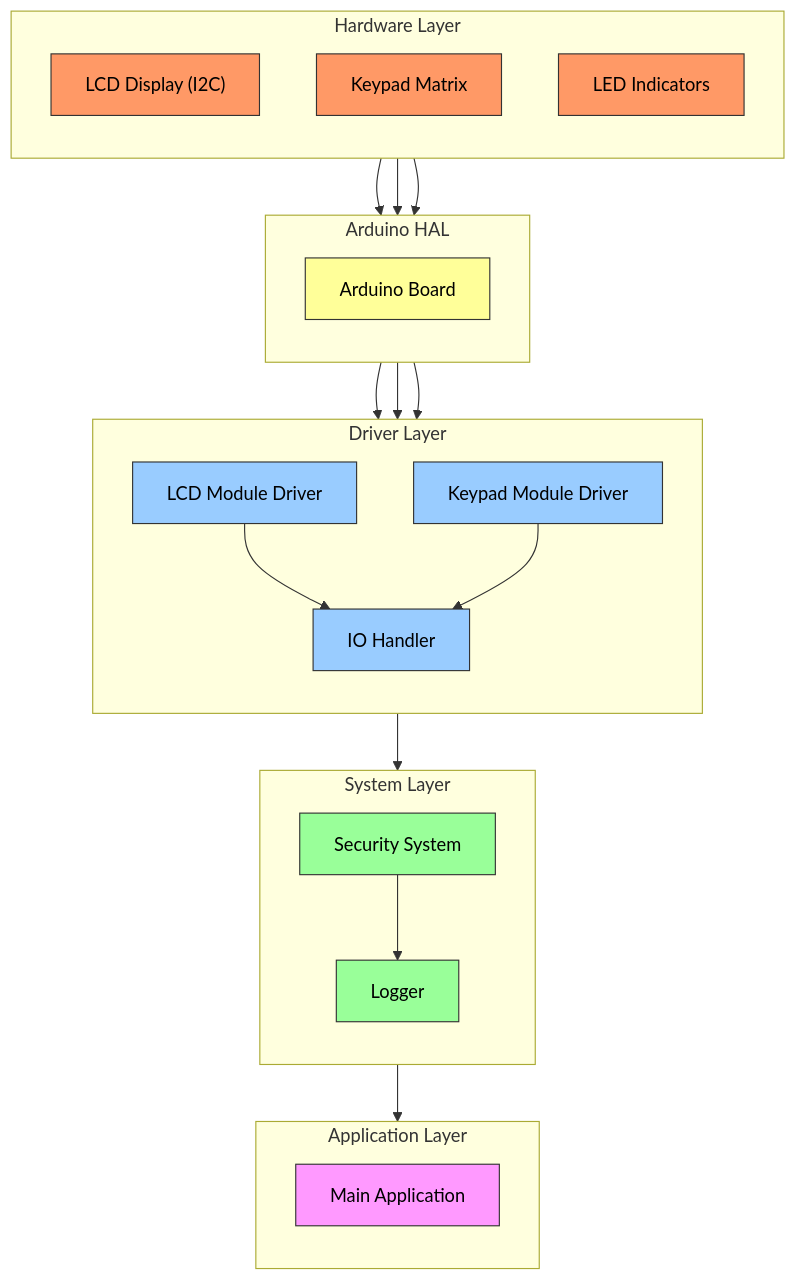
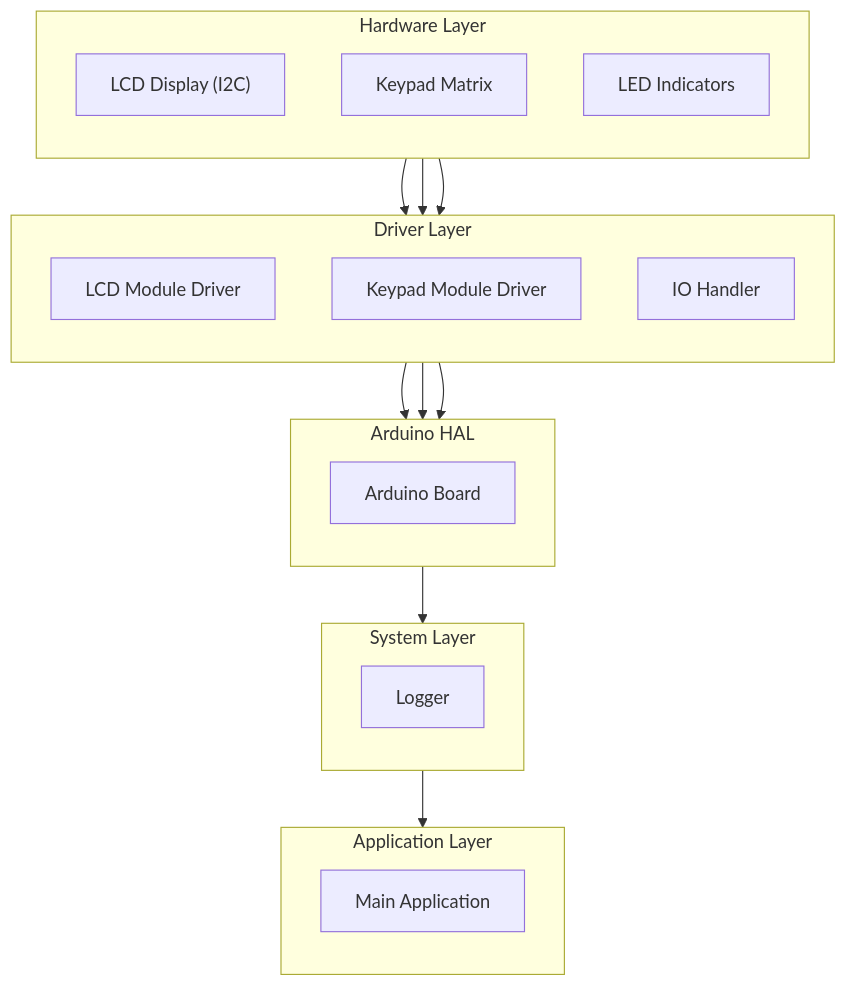
One commit to huntrese/Embedded_systems changed the first of 7 diagrams in README.md. Above: the diagram before and after it, drawn with Mermaid. The commit also changed other lines of this file and 19 other files, not shown here.

````diff
--- a/README.md
+++ b/README.md
@@ -141,64 +101,41 @@
 ```mermaid
 flowchart TD
     subgraph Hardware["Hardware Layer"]
         direction TB
         LCD["LCD Display (I2C)"]
         Keypad["Keypad Matrix"]
         LEDs["LED Indicators"]
     end
     
     subgraph Arduino["Arduino HAL"]
         direction TB
         AB["Arduino Board"]
     end
     
     subgraph Drivers["Driver Layer"]
         direction TB
         LCD_Drv["LCD Module Driver"]
         KP_Drv["Keypad Module Driver"]
         IO_Drv["IO Handler"]
     end
     
     subgraph System["System Layer"]
         direction TB
-        SS["Security System"]
         Logger["Logger"]
     end
     
     subgraph App["Application Layer"]
         direction TB
         Main["Main Application"]
     end
     
-    %% Hardware to Arduino connections
-    LCD --> AB
-    Keypad --> AB
-    LEDs --> AB
-    
-    %% Arduino to Driver connections
-    AB --> LCD_Drv
-    AB --> KP_Drv
-    AB --> IO_Drv
-    
-    %% Driver to System connections
-    LCD_Drv --> IO_Drv
-    KP_Drv --> IO_Drv
-    IO_Drv --> SS
-    SS --> Logger
-    
-    %% System to Application connections
-    SS --> Main
-    
-    %% Styling
-    classDef hardware fill:#f96,stroke:#333,color:#000
-    classDef arduino fill:#ff9,stroke:#333,color:#000
-    classDef driver fill:#9cf,stroke:#333,color:#000
-    classDef system fill:#9f9,stroke:#333,color:#000
-    classDef app fill:#f9f,stroke:#333,color:#000
-    
-    class LCD,Keypad,LEDs hardware
-    class AB arduino
-    class LCD_Drv,KP_Drv,IO_Drv driver
-    class SS,Logger system
-    class Main app
+    %% Connections
+    LCD --> LCD_Drv
+    Keypad --> KP_Drv
+    LEDs --> IO_Drv
+    LCD_Drv --> AB
+    KP_Drv --> AB
+    IO_Drv --> AB
+    AB --> Logger
+    Logger --> Main
 ```
````
